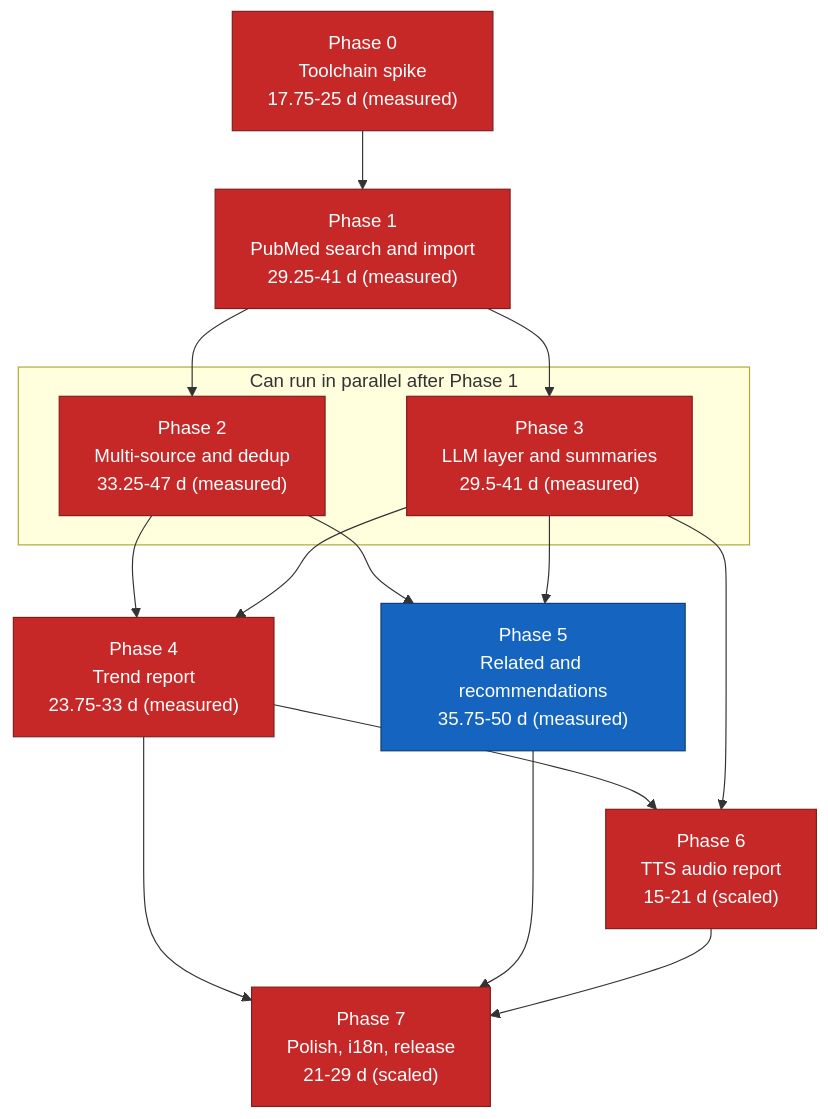
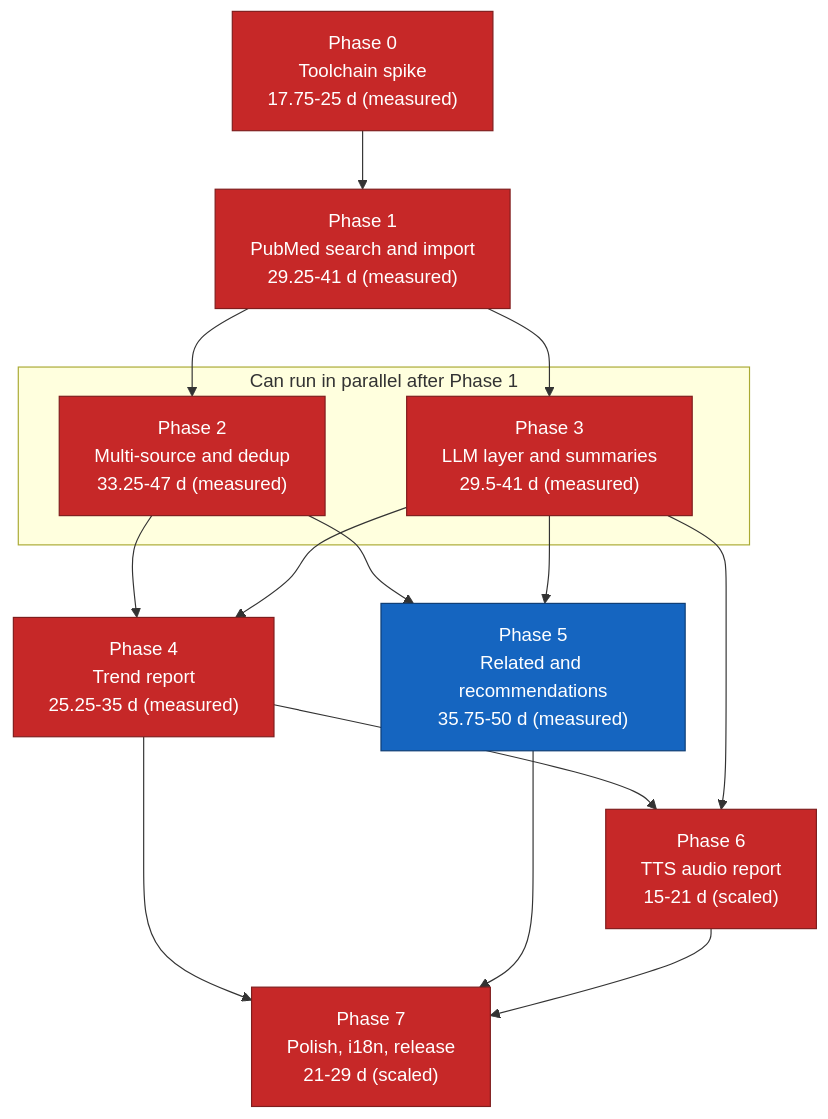
One commit to suppakoko/research_helper changed the diagram in docs/11-implementation-roadmap.md. Above: the diagram before and after it, drawn with Mermaid. The commit also changed other lines of this file and 96 other files, not shown here.

````diff
--- a/docs/11-implementation-roadmap.md
+++ b/docs/11-implementation-roadmap.md
@@ -326,34 +326,34 @@
 ```mermaid
 graph TD
     P0["Phase 0<br/>Toolchain spike<br/>17.75-25 d (measured)"]
     P1["Phase 1<br/>PubMed search and import<br/>29.25-41 d (measured)"]
     P2["Phase 2<br/>Multi-source and dedup<br/>33.25-47 d (measured)"]
     P3["Phase 3<br/>LLM layer and summaries<br/>29.5-41 d (measured)"]
-    P4["Phase 4<br/>Trend report<br/>23.75-33 d (measured)"]
+    P4["Phase 4<br/>Trend report<br/>25.25-35 d (measured)"]
     P5["Phase 5<br/>Related and recommendations<br/>35.75-50 d (measured)"]
     P6["Phase 6<br/>TTS audio report<br/>15-21 d (scaled)"]
     P7["Phase 7<br/>Polish, i18n, release<br/>21-29 d (scaled)"]
 
     P0 --> P1
     P1 --> P2
     P1 --> P3
     P2 --> P4
     P3 --> P4
     P2 --> P5
     P3 --> P5
     P4 --> P6
     P3 --> P6
     P4 --> P7
     P5 --> P7
     P6 --> P7
 
     subgraph parallel["Can run in parallel after Phase 1"]
         P2
         P3
     end
 
     classDef critical fill:#c62828,stroke:#7f1d1d,color:#ffffff
     classDef normal fill:#1565c0,stroke:#0d3c73,color:#ffffff
     class P0,P1,P2,P3,P4,P6,P7 critical
     class P5 normal
 ```
````
